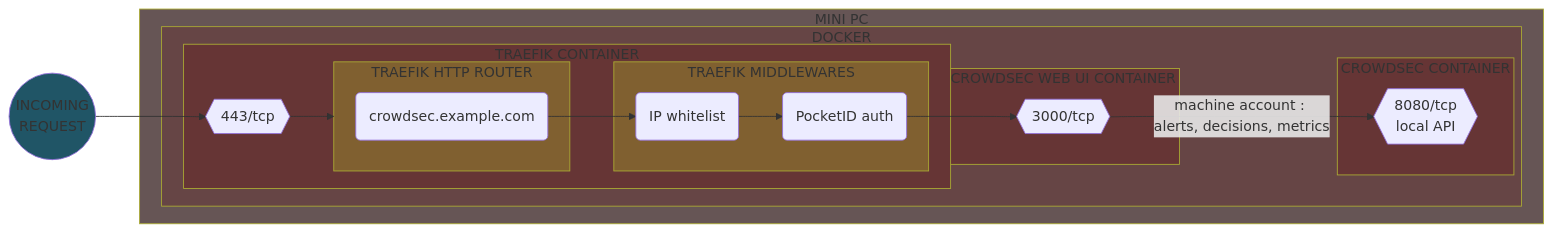
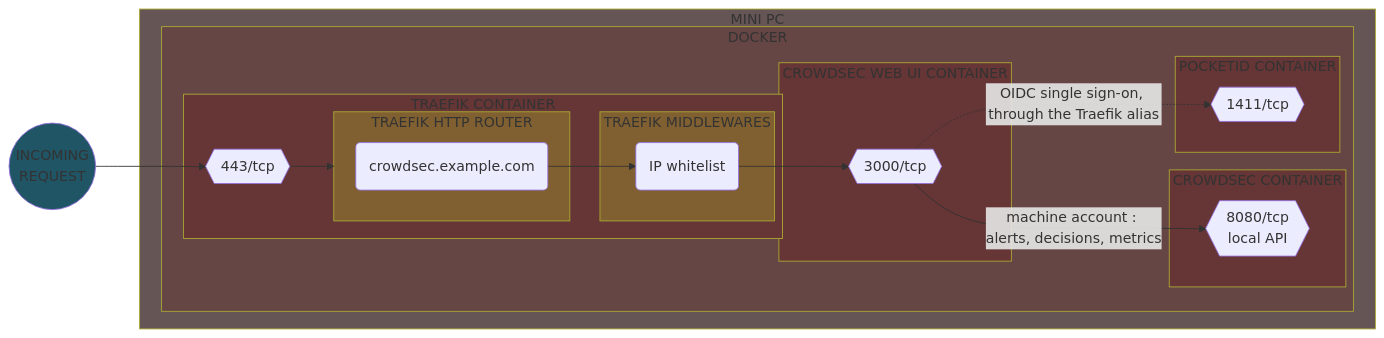
Before and after one commit to Yann39/self-hosted-n100: diagram 13 of 19 in README.md, drawn with Mermaid. The commit also changed other lines of this file and 8 other files, not shown here.

Commit message:
improved/fixed pocketid auth for all authenticated apps

````diff
--- a/README.md
+++ b/README.md
@@ -2794,50 +2808,54 @@
 ```mermaid
 flowchart LR
     style INCOMING_REQUEST fill: #205566
     style TRAEFIK_CONTAINER fill: #663535
     style APP_CONTAINER fill: #663535
     style CROWDSEC_CONTAINER fill: #663535
+    style POCKETID_CONTAINER fill: #663535
     style TRAEFIK_ROUTER fill: #806030
     style TRAEFIK_MIDDLEWARE fill: #806030
     style SERVER_DEVICE fill: #665555
     style CONTAINER_ENGINE fill: #664545
     DOCKER_TRAEFIK_PORT443{{443/tcp}}
     DOCKER_APP_PORT{{3000/tcp}}
     DOCKER_CROWDSEC_PORT{{8080/tcp\nlocal API}}
+    DOCKER_POCKETID_PORT{{1411/tcp}}
     TRAEFIK_ROUTER_APP(crowdsec.example.com)
     TRAEFIK_MIDDLEWARE_IP_WHITELIST(IP whitelist)
-    TRAEFIK_MIDDLEWARE_OIDC(PocketID auth)
     INCOMING_REQUEST((INCOMING\nREQUEST))
     INCOMING_REQUEST --> DOCKER_TRAEFIK_PORT443
 
     subgraph SERVER_DEVICE[MINI PC]
         subgraph CONTAINER_ENGINE[DOCKER]
             subgraph TRAEFIK_CONTAINER[TRAEFIK CONTAINER]
                 DOCKER_TRAEFIK_PORT443 --> TRAEFIK_ROUTER
 
                 subgraph TRAEFIK_ROUTER[TRAEFIK HTTP ROUTER]
                     TRAEFIK_ROUTER_APP
                 end
 
                 subgraph TRAEFIK_MIDDLEWARE[TRAEFIK MIDDLEWARES]
                     TRAEFIK_MIDDLEWARE_IP_WHITELIST
-                    TRAEFIK_MIDDLEWARE_OIDC
                 end
 
                 TRAEFIK_ROUTER_APP --> TRAEFIK_MIDDLEWARE_IP_WHITELIST
-                TRAEFIK_MIDDLEWARE_IP_WHITELIST --> TRAEFIK_MIDDLEWARE_OIDC
             end
 
             subgraph APP_CONTAINER[CROWDSEC WEB UI CONTAINER]
                 DOCKER_APP_PORT
             end
 
             subgraph CROWDSEC_CONTAINER[CROWDSEC CONTAINER]
                 DOCKER_CROWDSEC_PORT
             end
 
-            TRAEFIK_MIDDLEWARE_OIDC --> DOCKER_APP_PORT
+            subgraph POCKETID_CONTAINER[POCKETID CONTAINER]
+                DOCKER_POCKETID_PORT
+            end
+
+            TRAEFIK_MIDDLEWARE_IP_WHITELIST --> DOCKER_APP_PORT
             DOCKER_APP_PORT -->|machine account : alerts, decisions, metrics| DOCKER_CROWDSEC_PORT
+            DOCKER_APP_PORT -.->|OIDC single sign-on, through the Traefik alias| DOCKER_POCKETID_PORT
         end
     end
 ```
````
